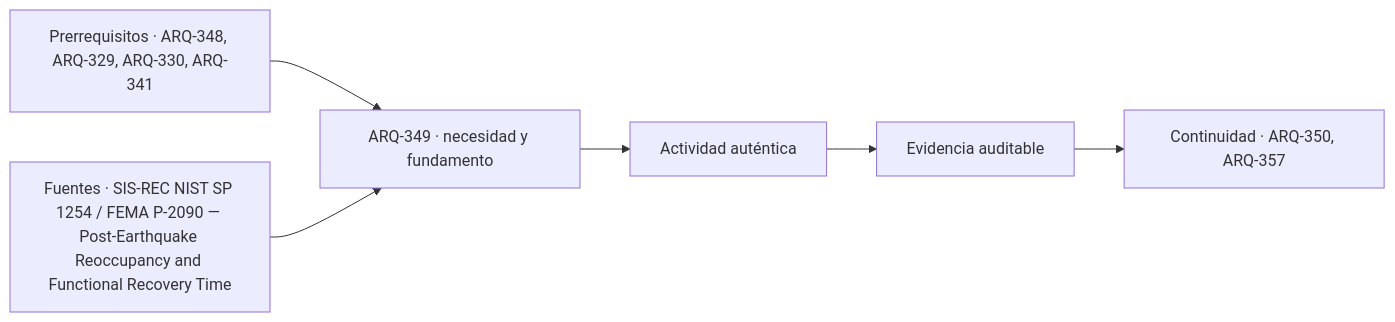
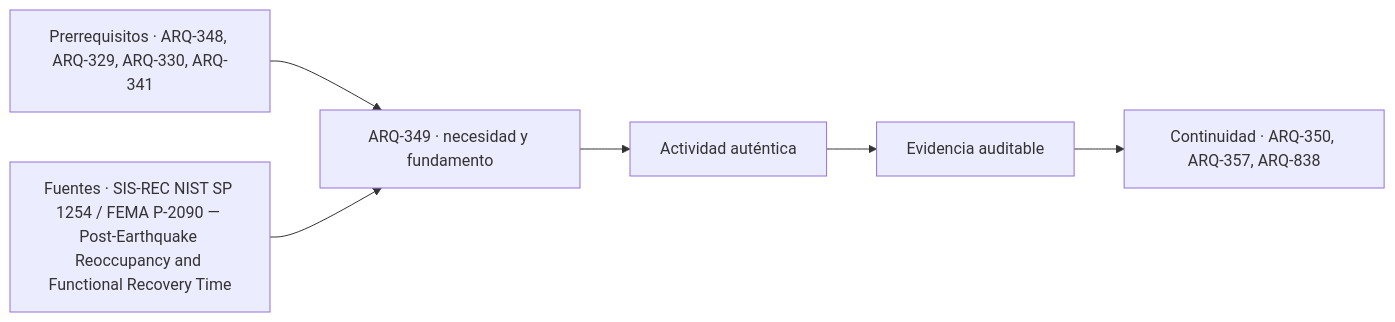
The diagram in classes/parte-35/ARQ-349.md (vladimiracunadev-create/architecture-built-environment-learning-program), drawn with Mermaid before and after one commit. The commit also changed other lines of this file and 182 other files, not shown here.

````diff
--- a/classes/parte-35/ARQ-349.md
+++ b/classes/parte-35/ARQ-349.md
@@ -135,8 +135,8 @@
 ```mermaid
 flowchart LR
     A["Prerrequisitos · ARQ-348, ARQ-329, ARQ-330, ARQ-341"] --> B["ARQ-349 · necesidad y fundamento"]
     S["Fuentes · SIS-REC NIST SP 1254 / FEMA P-2090 — Post-Earthquake Reoccupancy and Functional Recovery Time"] --> B
     B --> C["Actividad auténtica"]
     C --> D["Evidencia auditable"]
-    D --> E["Continuidad · ARQ-350, ARQ-357"]
+    D --> E["Continuidad · ARQ-350, ARQ-357, ARQ-838"]
 ```
````
